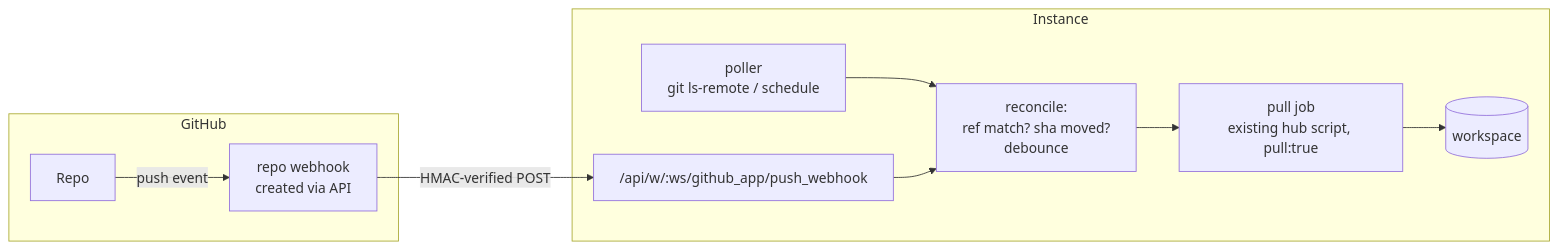
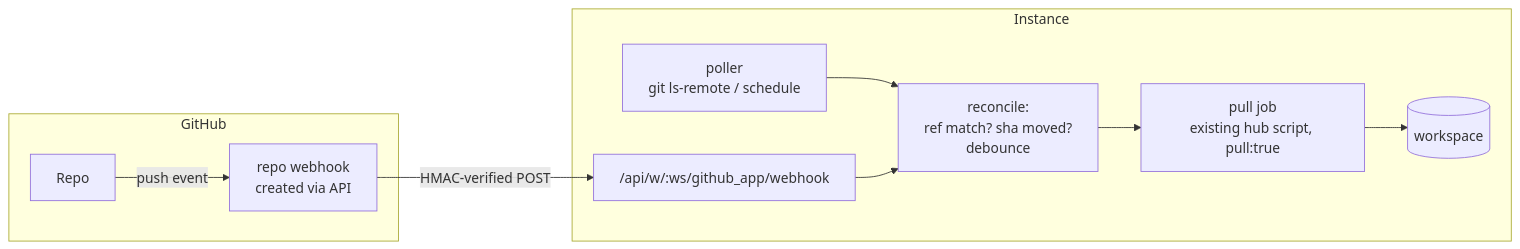
One commit to windmill-labs/windmill changed the diagram in docs/git-sync-pull-design.md. Above: the diagram before and after it, drawn with Mermaid. The commit also changed other lines of this file and 1 other file, not shown here.

First line of the commit message:
fix(git-sync): redact webhook secrets from workspace export; fix doc endpoints

````diff
--- a/docs/git-sync-pull-design.md
+++ b/docs/git-sync-pull-design.md
@@ -84,13 +84,13 @@
 ```mermaid
 flowchart LR
   subgraph GitHub
     R[Repo] -- "push event" --> W[repo webhook<br/>created via API]
   end
   subgraph Instance
-    W -- "HMAC-verified POST" --> E["/api/w/:ws/github_app/push_webhook"]
+    W -- "HMAC-verified POST" --> E["/api/w/:ws/github_app/webhook"]
     P[poller<br/>git ls-remote / schedule] --> REC
     E --> REC[reconcile:<br/>ref match? sha moved?<br/>debounce]
     REC --> J[pull job<br/>existing hub script, pull:true]
     J --> WS[(workspace)]
   end
 ```
````
